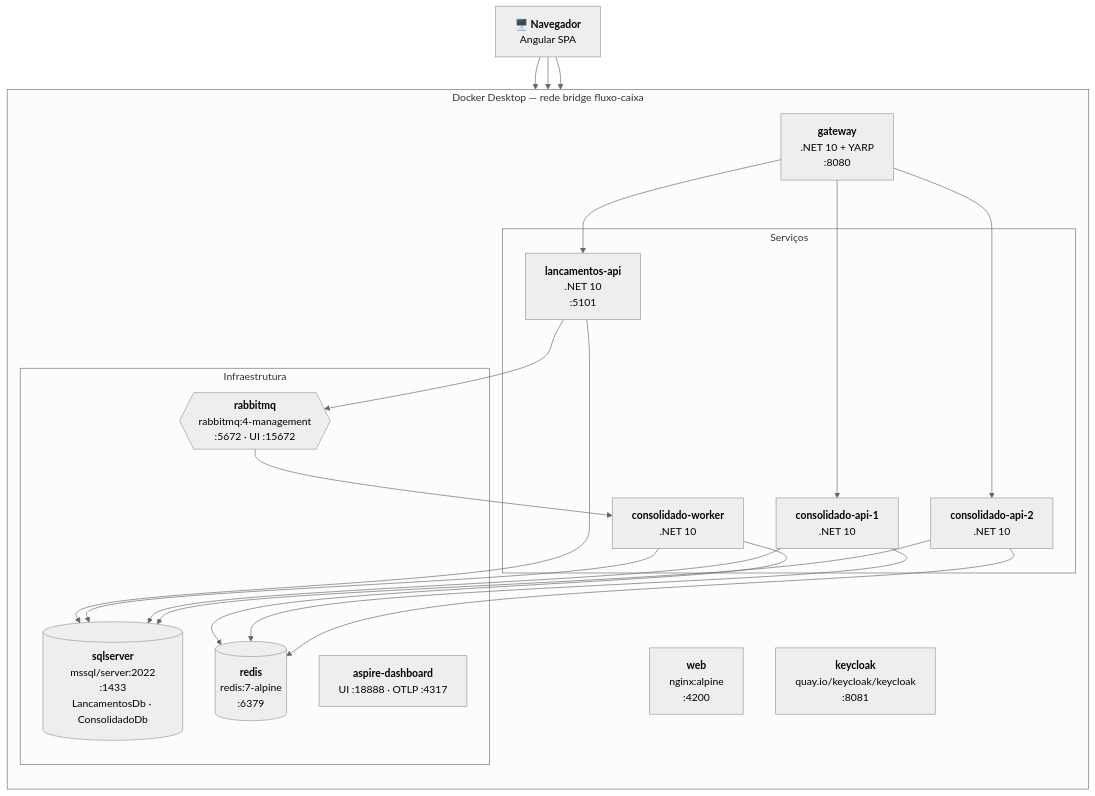
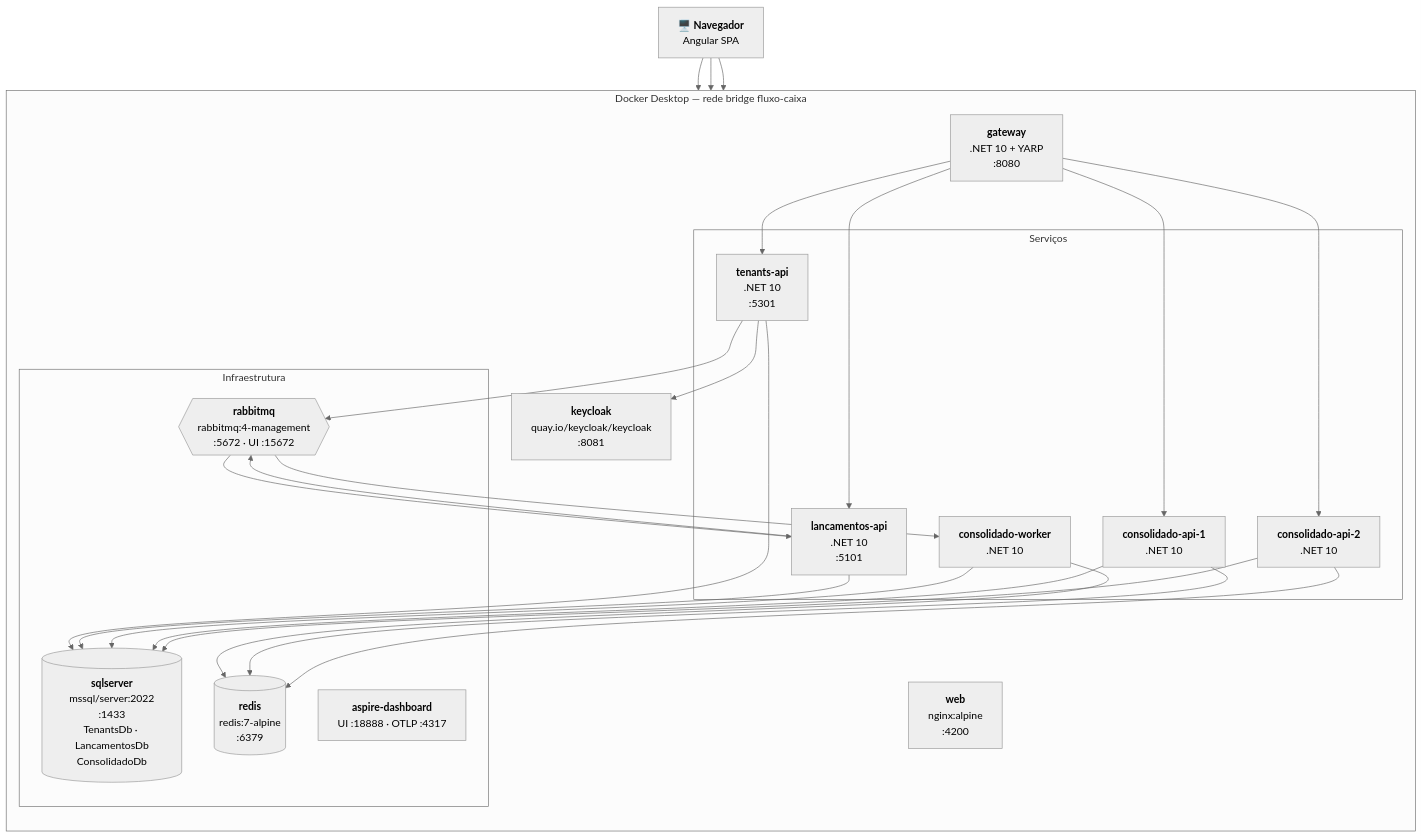
The first of 2 diagrams in docs/architecture/deployment.md (igorwaterloo/Verx-desafio20260922), drawn with Mermaid (neutral theme) before and after one commit. The commit also changed other lines of this file and 1 other file, not shown here.

````diff
--- a/docs/architecture/deployment.md
+++ b/docs/architecture/deployment.md
@@ -9,39 +9,45 @@
 ```mermaid
 flowchart TB
     browser["🖥️ <b>Navegador</b><br/>Angular SPA"]
 
     subgraph host["Docker Desktop — rede bridge fluxo-caixa"]
         direction TB
         web["<b>web</b><br/>nginx:alpine<br/>:4200"]
         kc["<b>keycloak</b><br/>quay.io/keycloak/keycloak<br/>:8081"]
         gw["<b>gateway</b><br/>.NET 10 + YARP<br/>:8080"]
 
         subgraph svc["Serviços"]
+            tapi["<b>tenants-api</b><br/>.NET 10<br/>:5301"]
             lapi["<b>lancamentos-api</b><br/>.NET 10<br/>:5101"]
             capi1["<b>consolidado-api-1</b><br/>.NET 10"]
             capi2["<b>consolidado-api-2</b><br/>.NET 10"]
             wk["<b>consolidado-worker</b><br/>.NET 10"]
         end
 
         subgraph infra["Infraestrutura"]
-            sql[("<b>sqlserver</b><br/>mssql/server:2022<br/>:1433<br/>LancamentosDb · ConsolidadoDb")]
+            sql[("<b>sqlserver</b><br/>mssql/server:2022<br/>:1433<br/>TenantsDb · LancamentosDb<br/>ConsolidadoDb")]
             mq{{"<b>rabbitmq</b><br/>rabbitmq:4-management<br/>:5672 · UI :15672"}}
             redis[("<b>redis</b><br/>redis:7-alpine<br/>:6379")]
             aspire["<b>aspire-dashboard</b><br/>UI :18888 · OTLP :4317"]
         end
     end
 
     browser --> web
     browser --> kc
     browser --> gw
+    gw --> tapi
     gw --> lapi
+    tapi --> sql
+    tapi --> mq
+    tapi --> kc
+    mq --> lapi
     gw --> capi1
     gw --> capi2
     lapi --> sql
     lapi --> mq
     mq --> wk
     wk --> sql
     wk --> redis
     capi1 & capi2 --> redis
     capi1 & capi2 --> sql
 ```
````
